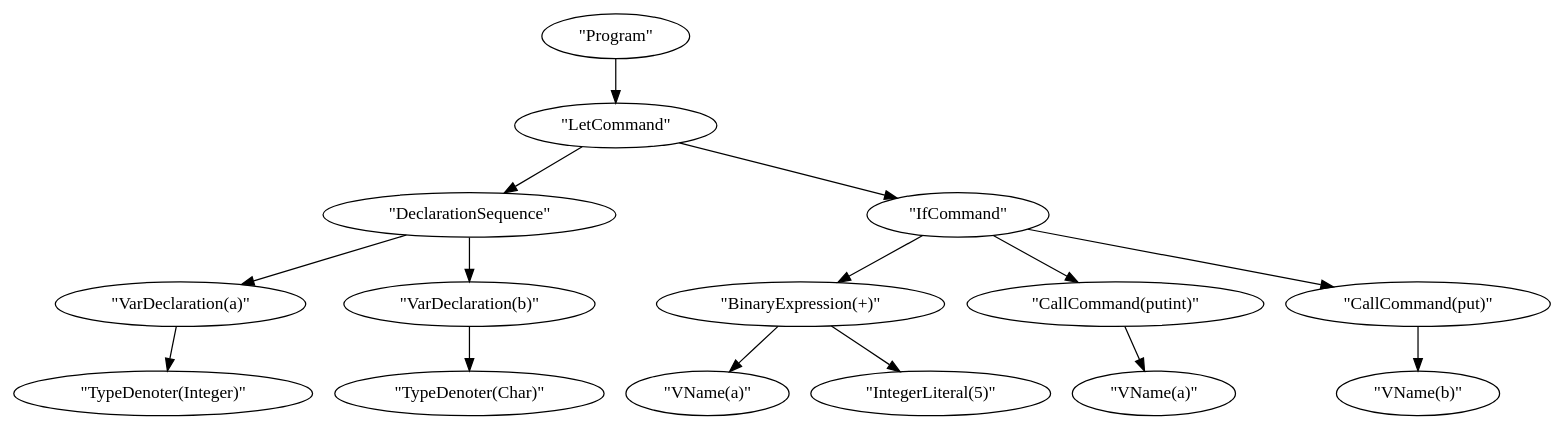
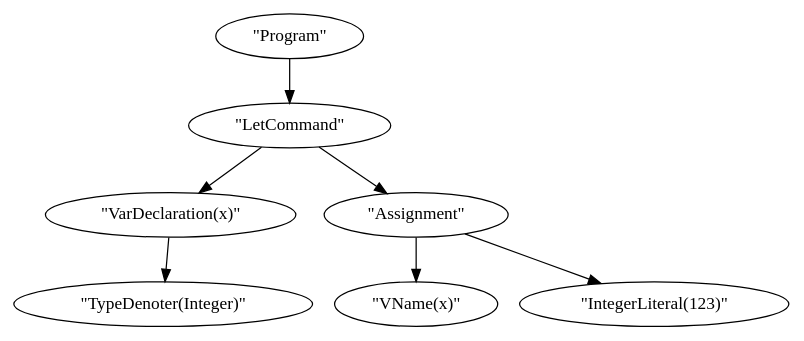
The diagram in Outputs/tree.dot (GFiatt/Parser-Triangle), drawn with Graphviz before and after one commit. The commit also changed 5 other files, not shown here.

```diff
--- a/Outputs/tree.dot
+++ b/Outputs/tree.dot
@@ -1,31 +1,15 @@
 digraph {
     0 [ label = "\"Program\"" ]
     1 [ label = "\"LetCommand\"" ]
-    2 [ label = "\"DeclarationSequence\"" ]
-    3 [ label = "\"VarDeclaration(a)\"" ]
-    4 [ label = "\"TypeDenoter(Integer)\"" ]
-    5 [ label = "\"VarDeclaration(b)\"" ]
-    6 [ label = "\"TypeDenoter(Char)\"" ]
-    7 [ label = "\"IfCommand\"" ]
-    8 [ label = "\"BinaryExpression(+)\"" ]
-    9 [ label = "\"VName(a)\"" ]
-    10 [ label = "\"IntegerLiteral(5)\"" ]
-    11 [ label = "\"CallCommand(putint)\"" ]
-    12 [ label = "\"VName(a)\"" ]
-    13 [ label = "\"CallCommand(put)\"" ]
-    14 [ label = "\"VName(b)\"" ]
+    2 [ label = "\"VarDeclaration(x)\"" ]
+    3 [ label = "\"TypeDenoter(Integer)\"" ]
+    4 [ label = "\"Assignment\"" ]
+    5 [ label = "\"VName(x)\"" ]
+    6 [ label = "\"IntegerLiteral(123)\"" ]
     0 -> 1 [ ]
     1 -> 2 [ ]
     2 -> 3 [ ]
-    3 -> 4 [ ]
-    2 -> 5 [ ]
-    5 -> 6 [ ]
-    1 -> 7 [ ]
-    7 -> 8 [ ]
-    8 -> 9 [ ]
-    8 -> 10 [ ]
-    7 -> 11 [ ]
-    11 -> 12 [ ]
-    7 -> 13 [ ]
-    13 -> 14 [ ]
+    1 -> 4 [ ]
+    4 -> 5 [ ]
+    4 -> 6 [ ]
 }
```
